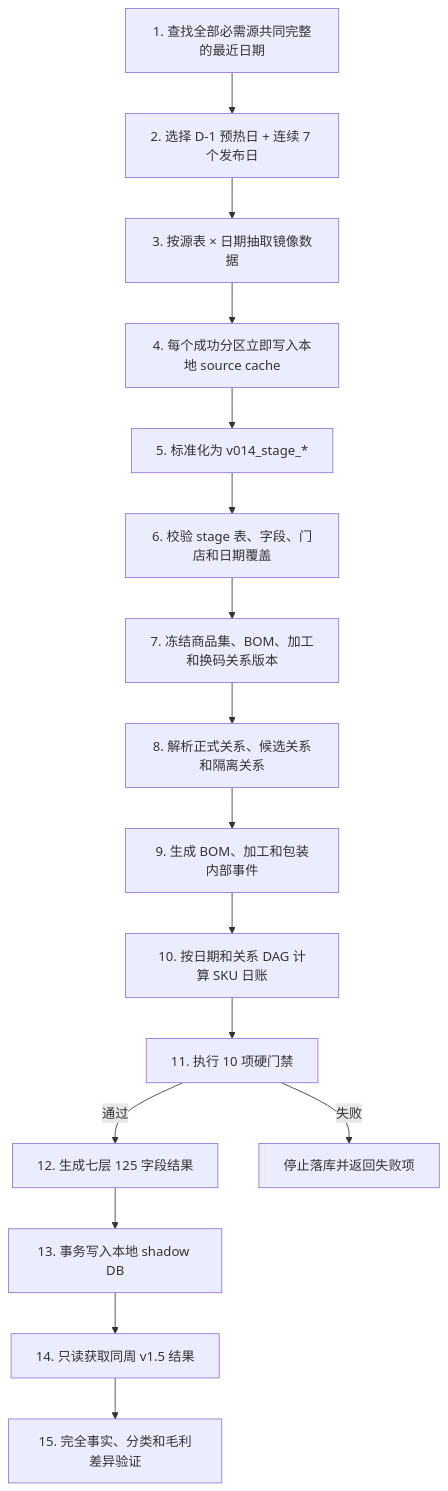
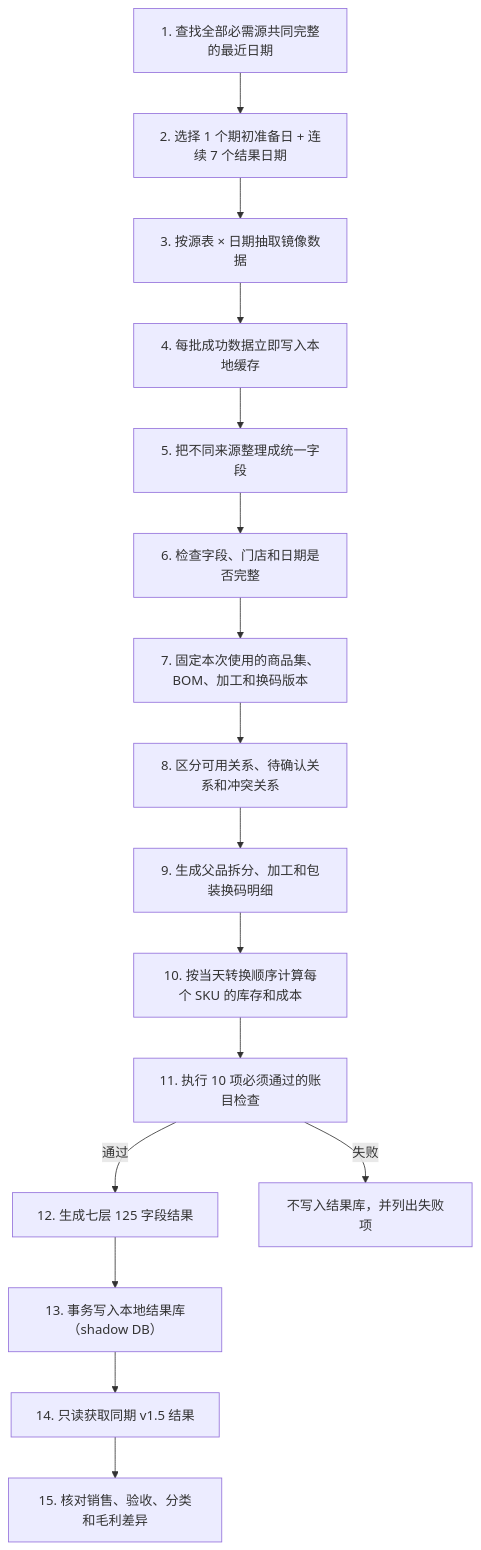
One commit to kate636/cuihua-data changed the second of 8 diagrams in fmetl/README.md. Above: the diagram before and after it, drawn with Mermaid. The commit also changed other lines of this file and 8 other files, not shown here.

````diff
--- a/fmetl/README.md
+++ b/fmetl/README.md
@@ -129,18 +153,18 @@
 ```mermaid
 flowchart TB
-    A["1. 查找全部必需源共同完整的最近日期"] --> B["2. 选择 D-1 预热日 + 连续 7 个发布日"]
+    A["1. 查找全部必需源共同完整的最近日期"] --> B["2. 选择 1 个期初准备日 + 连续 7 个结果日期"]
     B --> C["3. 按源表 × 日期抽取镜像数据"]
-    C --> D["4. 每个成功分区立即写入本地 source cache"]
-    D --> E["5. 标准化为 v014_stage_*"]
-    E --> F["6. 校验 stage 表、字段、门店和日期覆盖"]
-    F --> G["7. 冻结商品集、BOM、加工和换码关系版本"]
-    G --> H["8. 解析正式关系、候选关系和隔离关系"]
-    H --> I["9. 生成 BOM、加工和包装内部事件"]
-    I --> J["10. 按日期和关系 DAG 计算 SKU 日账"]
-    J --> K["11. 执行 10 项硬门禁"]
+    C --> D["4. 每批成功数据立即写入本地缓存"]
+    D --> E["5. 把不同来源整理成统一字段"]
+    E --> F["6. 检查字段、门店和日期是否完整"]
+    F --> G["7. 固定本次使用的商品集、BOM、加工和换码版本"]
+    G --> H["8. 区分可用关系、待确认关系和冲突关系"]
+    H --> I["9. 生成父品拆分、加工和包装换码明细"]
+    I --> J["10. 按当天转换顺序计算每个 SKU 的库存和成本"]
+    J --> K["11. 执行 10 项必须通过的账目检查"]
     K -->|通过| L["12. 生成七层 125 字段结果"]
-    K -->|失败| X["停止落库并返回失败项"]
-    L --> M["13. 事务写入本地 shadow DB"]
-    M --> N["14. 只读获取同周 v1.5 结果"]
-    N --> O["15. 完全事实、分类和毛利差异验证"]
+    K -->|失败| X["不写入结果库，并列出失败项"]
+    L --> M["13. 事务写入本地结果库（shadow DB）"]
+    M --> N["14. 只读获取同期 v1.5 结果"]
+    N --> O["15. 核对销售、验收、分类和毛利差异"]
 ```
````
